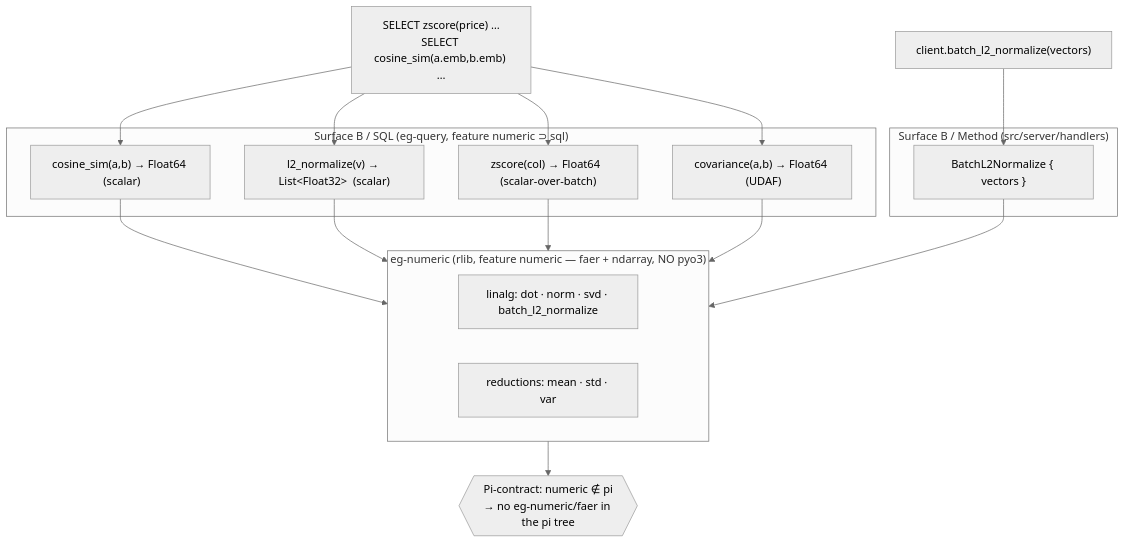
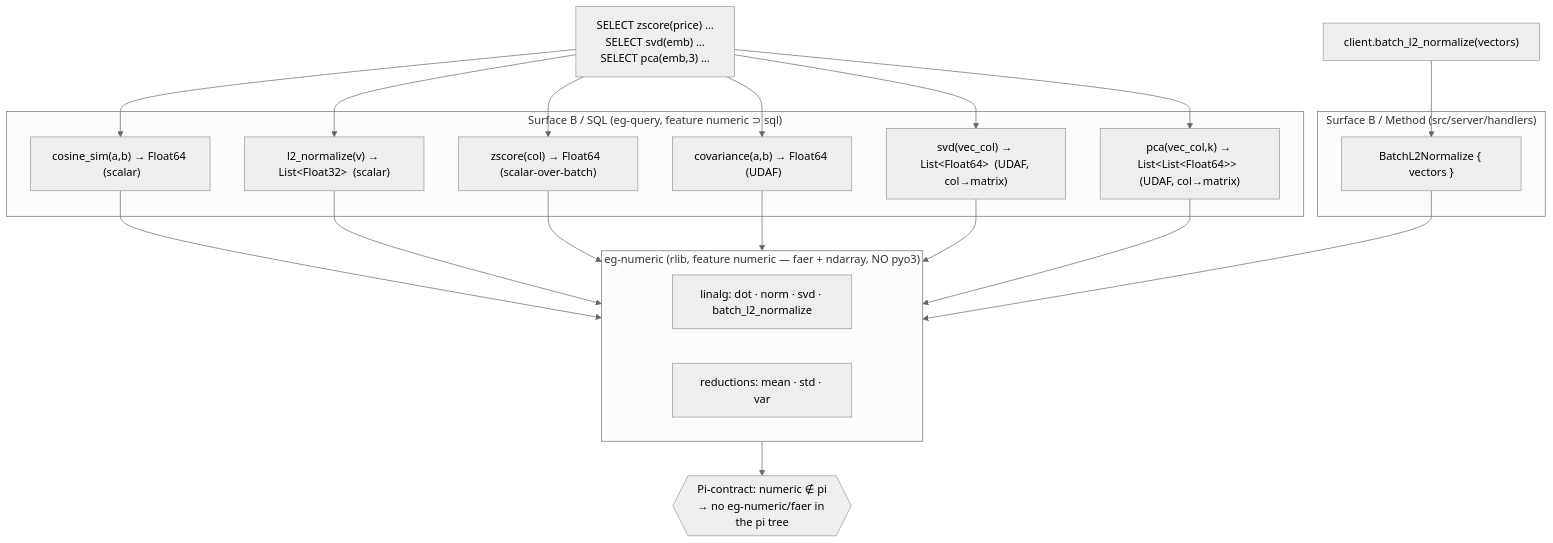
One commit to Knuckles-Team/epistemic-graph changed the second of 2 diagrams in docs/architecture/numeric-kernel.md. Above: the diagram before and after it, drawn with Mermaid (neutral theme). The commit also changed other lines of this file and 8 other files, not shown here.

First line of the commit message:
feat(numeric): pca/svd Surface-B column→matrix UDAFs (EG-335/EG-336)

````diff
--- a/docs/architecture/numeric-kernel.md
+++ b/docs/architecture/numeric-kernel.md
@@ -119,20 +119,22 @@
 ```mermaid
 flowchart TD
     subgraph kernel["eg-numeric (rlib, feature numeric — faer + ndarray, NO pyo3)"]
       K1["linalg: dot · norm · svd · batch_l2_normalize"]
       K2["reductions: mean · std · var"]
     end
     subgraph sql["Surface B / SQL  (eg-query, feature numeric ⊃ sql)"]
       U1["cosine_sim(a,b) → Float64  (scalar)"]
       U2["l2_normalize(v) → List&lt;Float32&gt;  (scalar)"]
       U3["zscore(col) → Float64  (scalar-over-batch)"]
       U4["covariance(a,b) → Float64  (UDAF)"]
+      U5["svd(vec_col) → List&lt;Float64&gt;  (UDAF, col→matrix)"]
+      U6["pca(vec_col,k) → List&lt;List&lt;Float64&gt;&gt;  (UDAF, col→matrix)"]
     end
     subgraph rpc["Surface B / Method  (src/server/handlers)"]
       M1["BatchL2Normalize { vectors }"]
     end
-    SQL["SELECT zscore(price) …\nSELECT cosine_sim(a.emb,b.emb) …"] --> U1 & U2 & U3 & U4
-    U1 & U2 & U3 & U4 --> kernel
+    SQL["SELECT zscore(price) …\nSELECT svd(emb) …\nSELECT pca(emb,3) …"] --> U1 & U2 & U3 & U4 & U5 & U6
+    U1 & U2 & U3 & U4 & U5 & U6 --> kernel
     client["client.batch_l2_normalize(vectors)"] --> M1 --> kernel
     kernel --> pi{{"Pi-contract: numeric ∉ pi\n→ no eg-numeric/faer in the pi tree"}}
 ```
````
